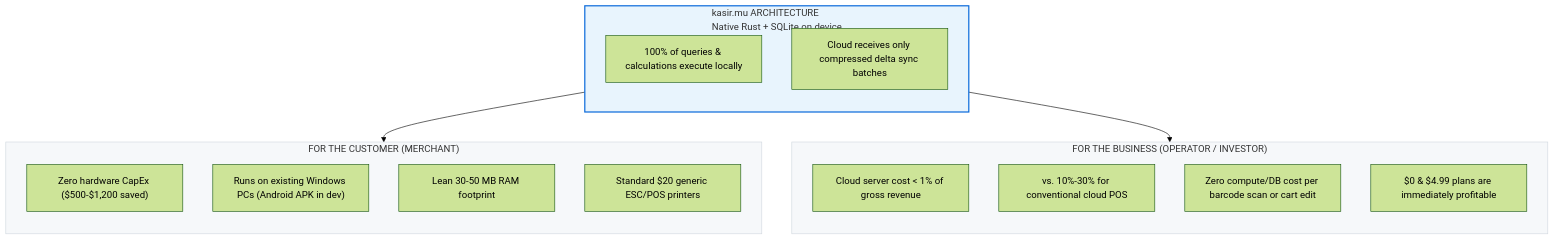
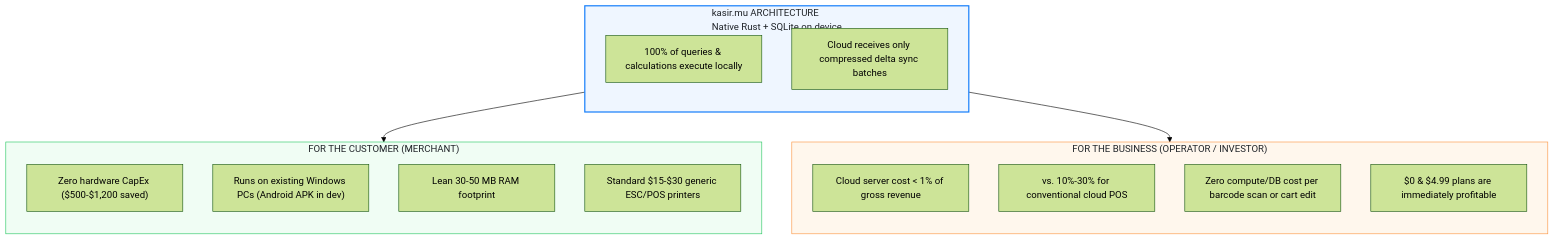
Before and after one commit to kardelitaitu/kasirmu: the first of 2 diagrams in README.md, drawn with Mermaid (forest theme). The commit also changed other lines of this file, not shown here.

Commit message:
docs(readme): repair tier content and mermaid styling

````diff
--- a/README.md
+++ b/README.md
@@ -57,31 +57,31 @@
 ```mermaid
 flowchart TD
     subgraph M["FOR THE CUSTOMER (MERCHANT)"]
         direction TB
         M1["Zero hardware CapEx ($500-$1,200 saved)"]
         M2["Runs on existing Windows PCs (Android APK in dev)"]
         M3["Lean 30-50 MB RAM footprint"]
-        M4["Standard $20 generic ESC/POS printers"]
+        M4["Standard $15-$30 generic ESC/POS printers"]
     end
 
     subgraph ARCH["kasir.mu ARCHITECTURE\nNative Rust + SQLite on device"]
         direction TB
         A1["100% of queries & calculations execute locally"]
         A2["Cloud receives only compressed delta sync batches"]
     end
 
     subgraph B["FOR THE BUSINESS (OPERATOR / INVESTOR)"]
         direction TB
         B1["Cloud server cost < 1% of gross revenue"]
         B2["vs. 10%-30% for conventional cloud POS"]
         B3["Zero compute/DB cost per barcode scan or cart edit"]
         B4["$0 & $4.99 plans are immediately profitable"]
     end
 
     ARCH --> M
     ARCH --> B
 
-    style ARCH fill:#e8f4fd,stroke:#0969da,stroke-width:2px
-    style M fill:#f6f8fa,stroke:#d0d7de
-    style B fill:#f6f8fa,stroke:#d0d7de
+    style ARCH fill:#eff6ff,stroke:#147EFB,stroke-width:2px,color:#1f2328
+    style M fill:#f0fdf4,stroke:#22c55e,color:#1f2328
+    style B fill:#fff7ed,stroke:#fb923c,color:#1f2328
 ```
````
